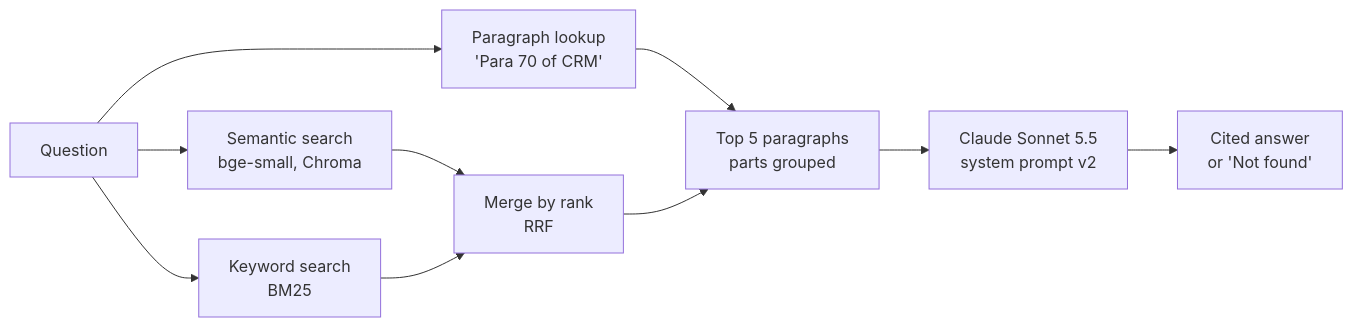
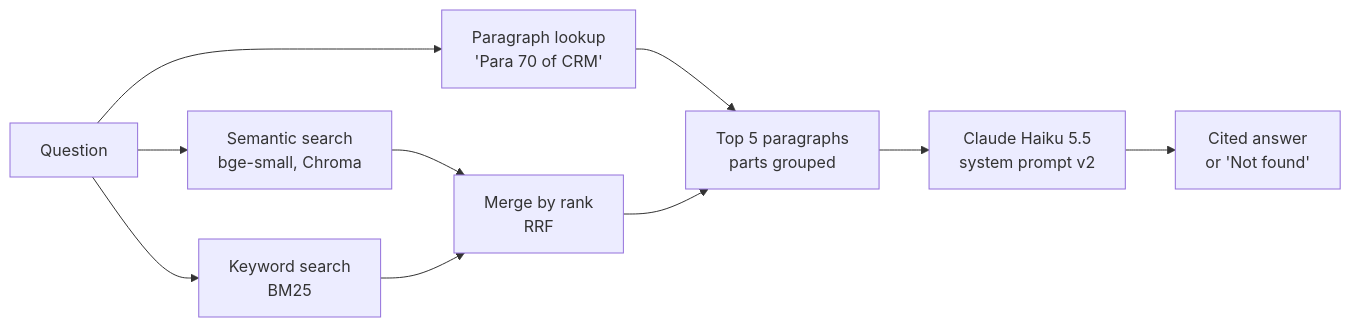
The diagram in README.md (anuragthakur73/rbi-master-directions-assistant), drawn with Mermaid before and after one commit. The commit also changed other lines of this file and 11 other files, not shown here.

````diff
--- a/README.md
+++ b/README.md
@@ -48,12 +48,12 @@
 ```mermaid
 flowchart LR
     Q[Question] --> L[Paragraph lookup<br/>'Para 70 of CRM']
     Q --> S[Semantic search<br/>bge-small, Chroma]
     Q --> K[Keyword search<br/>BM25]
     S --> F[Merge by rank<br/>RRF]
     K --> F
     L --> T[Top 5 paragraphs<br/>parts grouped]
     F --> T
-    T --> C[Claude Sonnet 5.5<br/>system prompt v2]
+    T --> C[Claude Haiku 5.5<br/>system prompt v2]
     C --> A[Cited answer<br/>or 'Not found']
 ```
````
